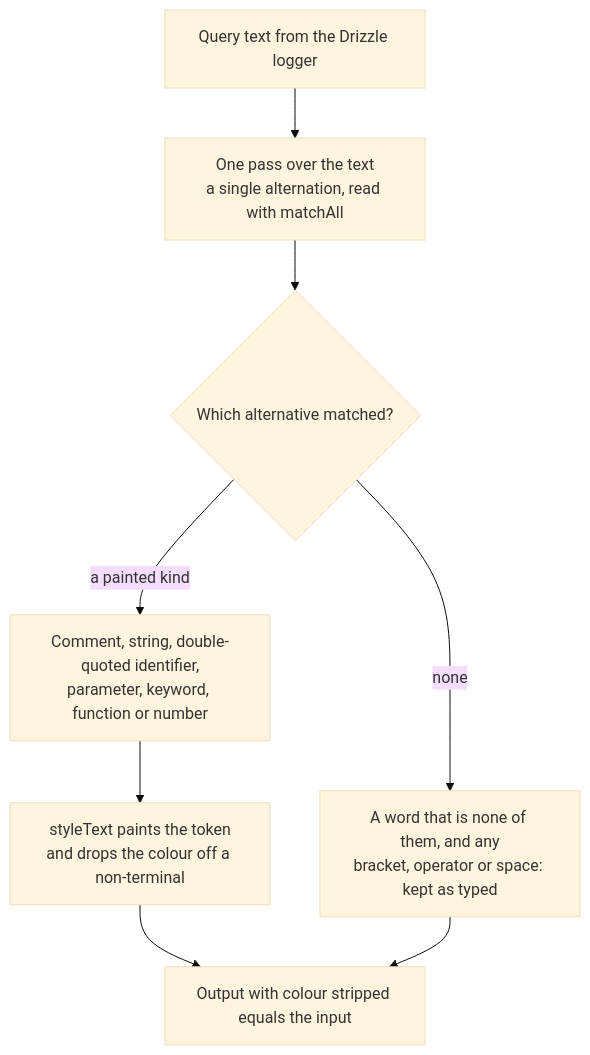
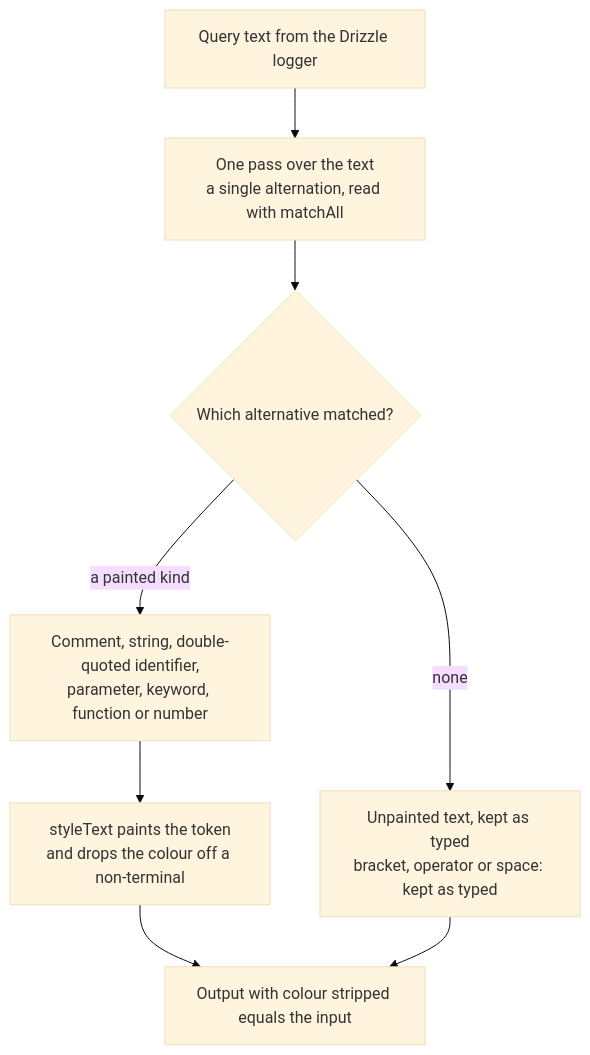
One commit to Esposter/Esposter changed the diagram in openspec/specs/architecture/sql-highlight/design.md. Above: the diagram before and after it, drawn with Mermaid (base theme). The commit also changed other lines of this file and 6 other files, not shown here.

````diff
--- a/openspec/specs/architecture/sql-highlight/design.md
+++ b/openspec/specs/architecture/sql-highlight/design.md
@@ -7,13 +7,13 @@
 ```mermaid
 flowchart TD
   input["Query text from the Drizzle logger"]
   scan["One pass over the text<br/>a single alternation, read with matchAll"]
   token{"Which alternative matched?"}
   painted["Comment, string, double-quoted identifier,<br/>parameter, keyword, function or number"]
-  plain["A word that is none of them, and any<br/>bracket, operator or space: kept as typed"]
+  plain["Unpainted text, kept as typed<br/>bracket, operator or space: kept as typed"]
   styled["styleText paints the token<br/>and drops the colour off a non-terminal"]
   output["Output with colour stripped equals the input"]
   input --> scan --> token
   token -->|a painted kind| painted --> styled --> output
   token -->|none| plain --> output
 ```
````
